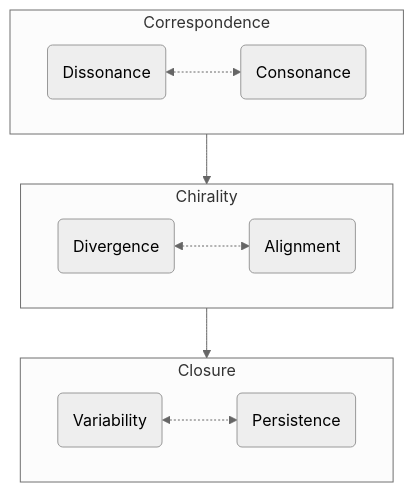
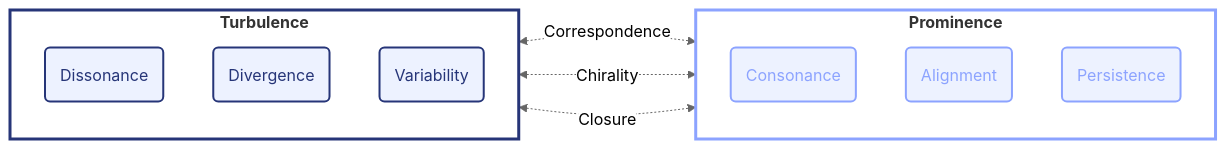
One commit to clairemira/miranova changed the tenth of 10 diagrams in content/commons/01-overview.mdx. Above: the diagram before and after it, drawn with Mermaid. The commit also changed other lines of this file and 2 other files, not shown here.

Commit message:
WIP: Closure discovery for all nodes

````diff
--- a/content/commons/01-overview.mdx
+++ b/content/commons/01-overview.mdx
@@ -813,40 +1000,40 @@
 ```mermaid
 ---
 config:
   flowchart:
     curve: basis
   theme: neutral
 ---
-flowchart TD
+flowchart LR
 
-  subgraph COR[Correspondence]
-    direction LR
+  subgraph TUR[<strong>Turbulence</strong>]
+    direction TD
 
     D(Dissonance)
-    C(Consonance)
+    G(Divergence)
+    V(Variability)
+
   end
 
-  subgraph CHI[Chirality]
-    direction LR
+  subgraph PRO[<strong>Prominence</strong>]
+    direction TD
 
-    G(Divergence)
+    C(Consonance)
     A(Alignment)
-  end
-
-  subgraph CLO[Closure]
-    direction LR
-
-    V(Variability)
     S(Persistence)
   end
 
-  D <-.-> C
-  G <-.-> A
-  V <-.-> S
+  D <-.->|Correspondence| C
+  G <-.->|Chirality| A
+  V <-.->|Closure| S
 
-  COR --> CHI
-  CHI --> CLO
+  classDef promNode fill:#edf2ff,stroke:#8ca3ff,color:#8ca3ff,stroke-width:2px
+  classDef turbNode fill:#edf2ff,stroke:#263578,color:#263578,stroke-width:2px
 
-  %% style PROM fill:transparent,stroke:#8ca3ff,stroke-width:3px
-  %% style TURB fill:transparent,stroke:#263578,stroke-width:3px
+  class D,G,V turbNode
+  class C,A,S promNode
+
+  style PRO fill:transparent,stroke:#8ca3ff,stroke-width:3px
+  style TUR fill:transparent,stroke:#263578,stroke-width:3px
+
 ```
````
